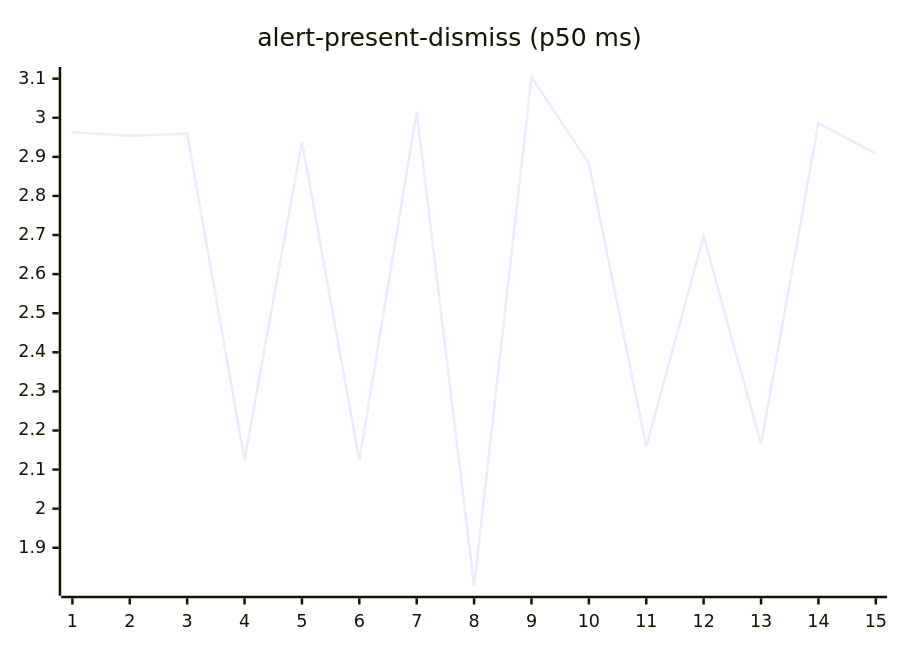
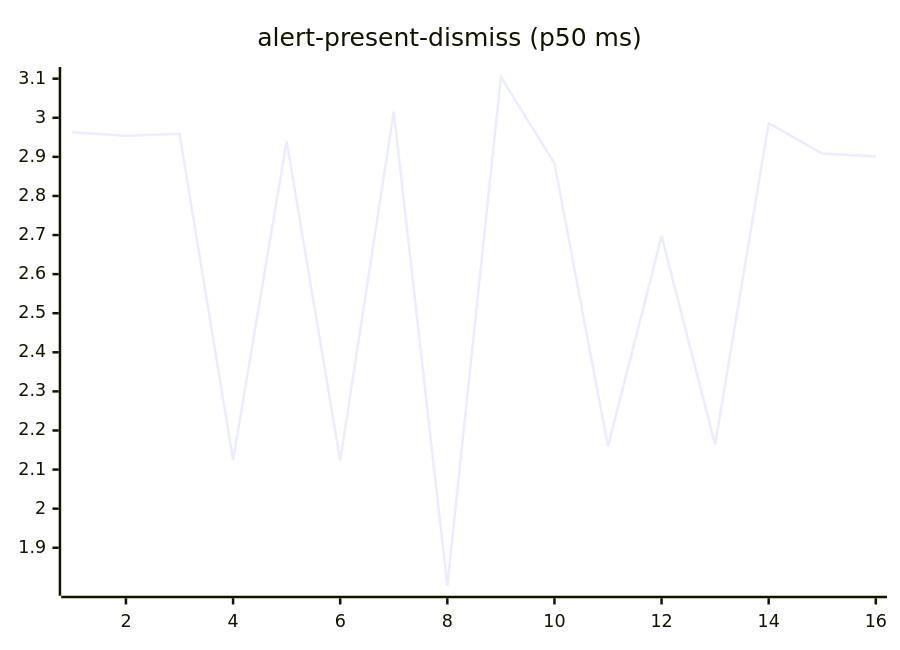
One commit to josha/Facet changed the second of 27 diagrams in README.md. Above: the diagram before and after it, drawn with Mermaid. The commit also changed other lines of this file and 2 other files, not shown here.

````diff
--- a/README.md
+++ b/README.md
@@ -70,6 +70,6 @@
 ```mermaid
 xychart-beta
     title "alert-present-dismiss (p50 ms)"
-    x-axis 1 --> 15
-    line [2.9632, 2.9538, 2.9589, 2.1244, 2.9396, 2.1232, 3.0157, 1.8028, 3.1043, 2.8834, 2.1588, 2.6974, 2.1643, 2.9862, 2.9085]
+    x-axis 1 --> 16
+    line [2.9632, 2.9538, 2.9589, 2.1244, 2.9396, 2.1232, 3.0157, 1.8028, 3.1043, 2.8834, 2.1588, 2.6974, 2.1643, 2.9862, 2.9085, 2.9011]
 ```
````
